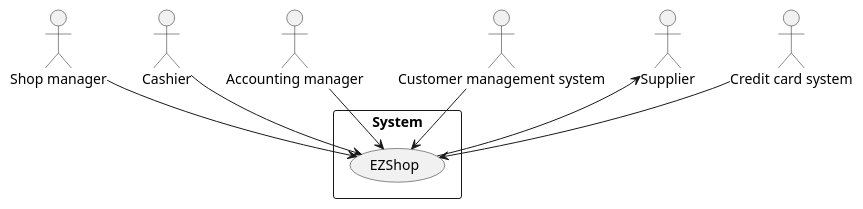
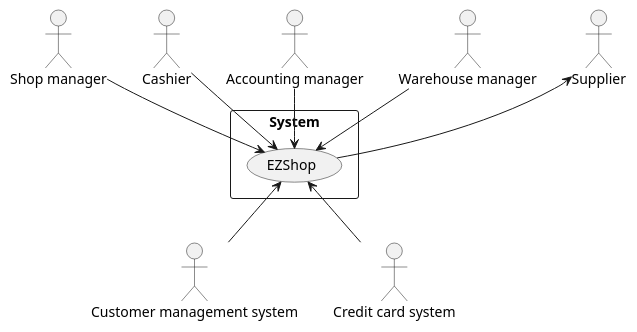
Before and after one commit to BMike10/EzShop: the first of 2 diagrams in Deliverables/RequirementsDocument.md, drawn with PlantUML. The commit also changed other lines of this file, not shown here.

Commit message:
doc: modified context diagram and interfaces (add warehouse manager)

```diff
--- a/Deliverables/RequirementsDocument.md
+++ b/Deliverables/RequirementsDocument.md
@@ -57,19 +57,21 @@
 	@startuml context_diagram
 		actor :Shop manager: as sm
 		actor :Cashier: as cr
 		actor :Accounting manager: as am
 		actor :Customer management system: as cms
+		actor :Warehouse manager: as wm
 		'	actor :Inventory and Catalogue system: as i	:
 		actor :Supplier: as s
 		actor :Credit card system: as ccs
 		rectangle System{
 		usecase EZShop
 		}
 		sm --> EZShop
 		cr --> EZShop
+		am --> EZShop
+		wm --> EZShop
 		'	i --> EZShop
 		s <-- EZShop
-		cms --> EZShop
-		ccs --> EZShop
-		am --> EZShop
+		EZShop <-- cms
+		EZShop <-- ccs
 	@enduml
```
